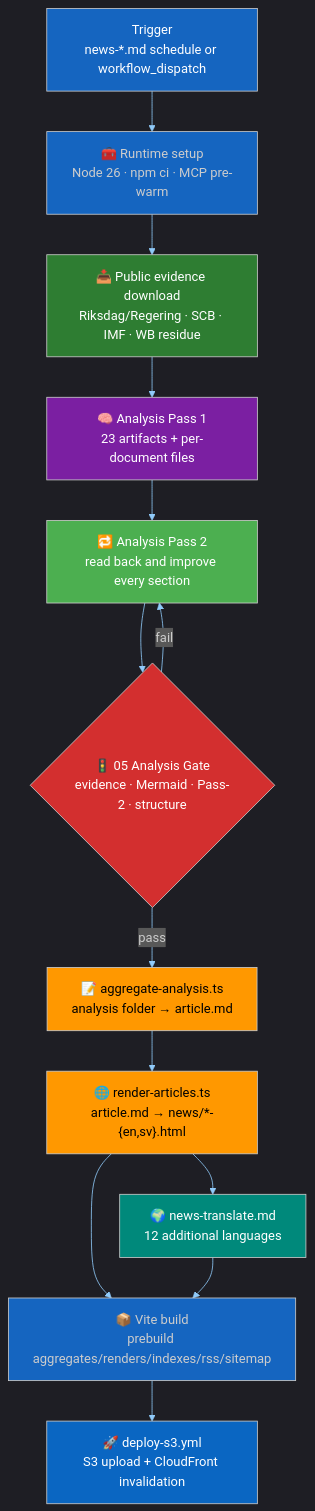
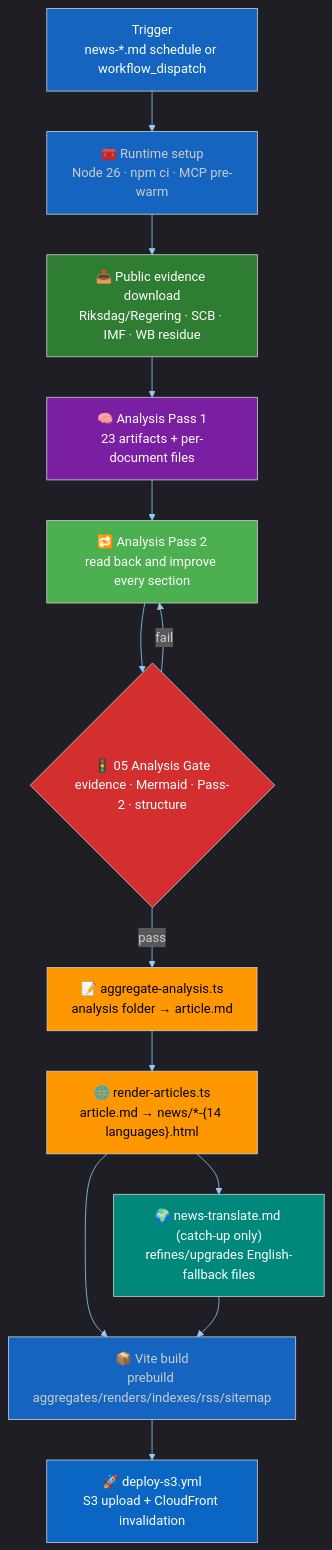
One commit to Hack23/riksdagsmonitor changed the first of 7 diagrams in Article-Generation.md. Above: the diagram before and after it, drawn with Mermaid. The commit also changed other lines of this file and 36 other files, not shown here.

First line of the commit message:
Render all 14 languages per workflow; remove `languages` input

````diff
--- a/Article-Generation.md
+++ b/Article-Generation.md
@@ -123,26 +123,26 @@
 ```mermaid
 %%{init: {"theme":"dark","themeVariables":{"primaryColor":"#1565C0","primaryTextColor":"#ffffff","primaryBorderColor":"#0A3F7F","lineColor":"#90CAF9","secondaryColor":"#2E7D32","secondaryTextColor":"#ffffff","tertiaryColor":"#FF9800","tertiaryTextColor":"#000000","mainBkg":"#1565C0","secondBkg":"#2E7D32","tertiaryBkg":"#FF9800","noteBkgColor":"#FFC107","noteTextColor":"#000000","errorBkgColor":"#D32F2F","fontFamily":"Inter, Helvetica, Arial, sans-serif"}}}%%
 flowchart TB
     A["Trigger<br/>news-*.md schedule or workflow_dispatch"] --> B["🧰 Runtime setup<br/>Node 26 · npm ci · MCP pre-warm"]
     B --> C["📥 Public evidence download<br/>Riksdag/Regering · SCB · IMF · WB residue"]
     C --> D["🧠 Analysis Pass 1<br/>23 artifacts + per-document files"]
     D --> E["🔁 Analysis Pass 2<br/>read back and improve every section"]
     E --> F{"🚦 05 Analysis Gate<br/>evidence · Mermaid · Pass-2 · structure"}
     F -- fail --> E
     F -- pass --> G["📝 aggregate-analysis.ts<br/>analysis folder → article.md"]
-    G --> H["🌐 render-articles.ts<br/>article.md → news/*-{en,sv}.html"]
-    H --> I["🌍 news-translate.md<br/>12 additional languages"]
+    G --> H["🌐 render-articles.ts<br/>article.md → news/*-{14 languages}.html"]
+    H --> I["🌍 news-translate.md (catch-up only)<br/>refines/upgrades English-fallback files"]
     H --> J["📦 Vite build<br/>prebuild aggregates/renders/indexes/rss/sitemap"]
     I --> J
     J --> K["🚀 deploy-s3.yml<br/>S3 upload + CloudFront invalidation"]
 
     style A fill:#1565C0,color:#ffffff
     style C fill:#2E7D32,color:#ffffff
     style D fill:#7B1FA2,color:#ffffff
     style E fill:#4CAF50,color:#ffffff
     style F fill:#D32F2F,color:#ffffff
     style G fill:#FF9800,color:#000000
     style H fill:#FF9800,color:#000000
     style I fill:#00897B,color:#ffffff
     style K fill:#0A66C2,color:#ffffff
 ```
````
